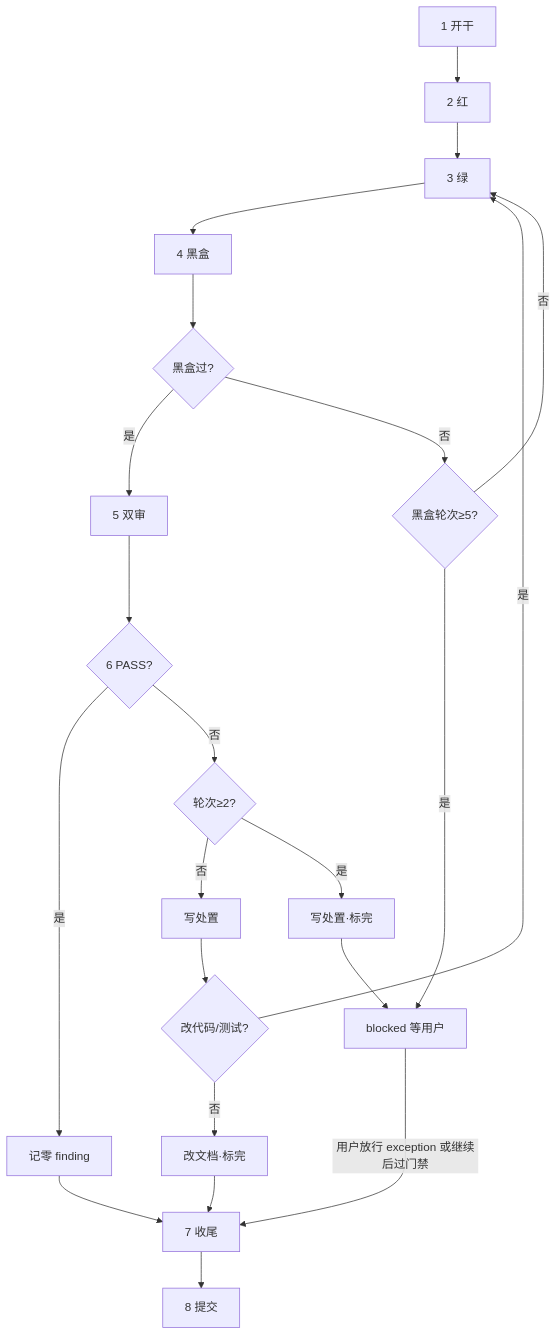
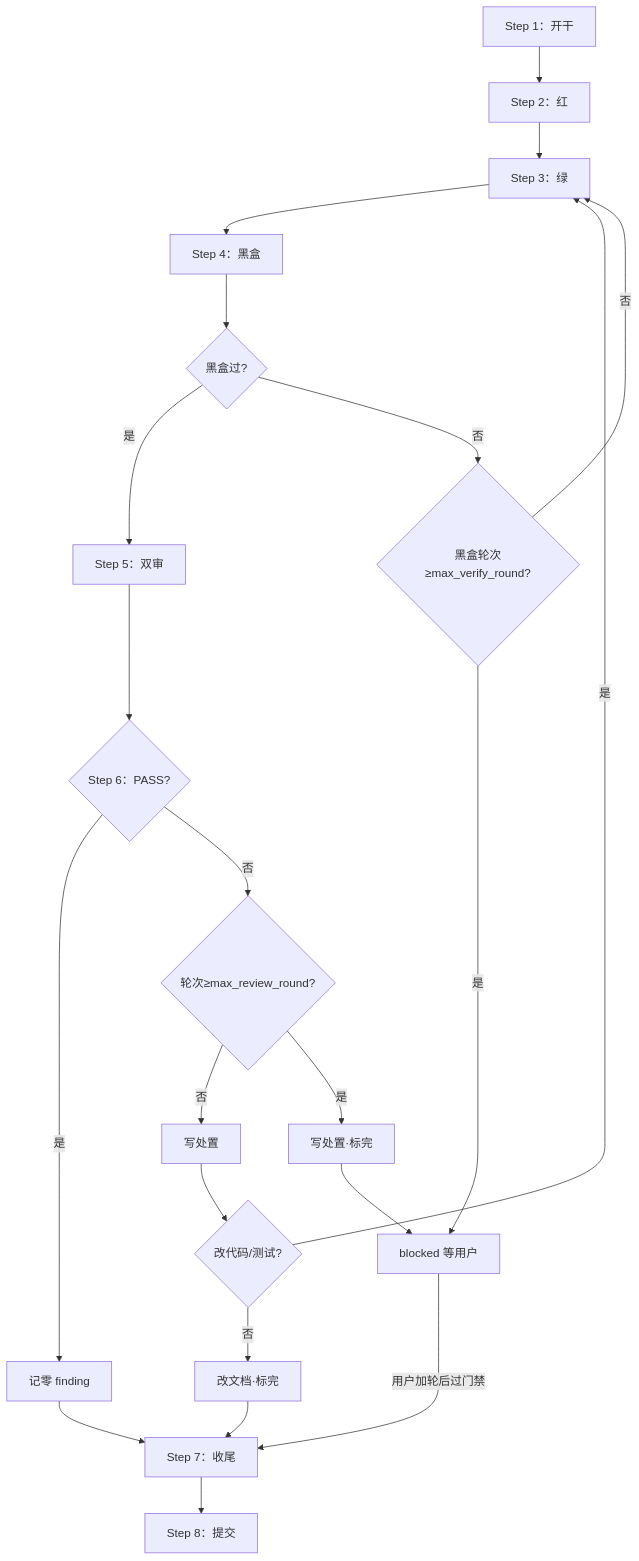
One commit to TuTouPower/repo_template changed the diagram in AGENTS.md. Above: the diagram before and after it, drawn with Mermaid. The commit also changed other lines of this file and 5 other files, not shown here.

````diff
--- a/AGENTS.md
+++ b/AGENTS.md
@@ -64,34 +72,34 @@
 ```mermaid
 flowchart TD
-    S1["1 开干"]
-    S2["2 红"]
-    S3["3 绿"]
-    S4["4 黑盒"]
+    S1["Step 1：开干"]
+    S2["Step 2：红"]
+    S3["Step 3：绿"]
+    S4["Step 4：黑盒"]
     B1{"黑盒过?"}
-    B2{"黑盒轮次≥5?"}
-    S5["5 双审"]
-    D1{"6 PASS?"}
+    B2{"黑盒轮次≥max_verify_round?"}
+    S5["Step 5：双审"]
+    D1{"Step 6：PASS?"}
     W_PASS["记零 finding"]
-    D2{"轮次≥2?"}
+    D2{"轮次≥max_review_round?"}
     W_FAIL1["写处置"]
     W_FAIL2["写处置·标完"]
     D3{"改代码/测试?"}
     DOC["改文档·标完"]
     BLK["blocked 等用户"]
-    S7["7 收尾"]
-    S8["8 提交"]
+    S7["Step 7：收尾"]
+    S8["Step 8：提交"]
 
     S1 --> S2 --> S3 --> S4 --> B1
     B1 -->|是| S5 --> D1
     B1 -->|否| B2
     B2 -->|否| S3
     B2 -->|是| BLK
     D1 -->|是| W_PASS --> S7
     D1 -->|否| D2
     D2 -->|否| W_FAIL1 --> D3
     D3 -->|是| S3
     D3 -->|否| DOC --> S7
     D2 -->|是| W_FAIL2 --> BLK
-    BLK -->|用户放行 exception 或继续后过门禁| S7
+    BLK -->|用户加轮后过门禁| S7
     S7 --> S8
 ```
````
